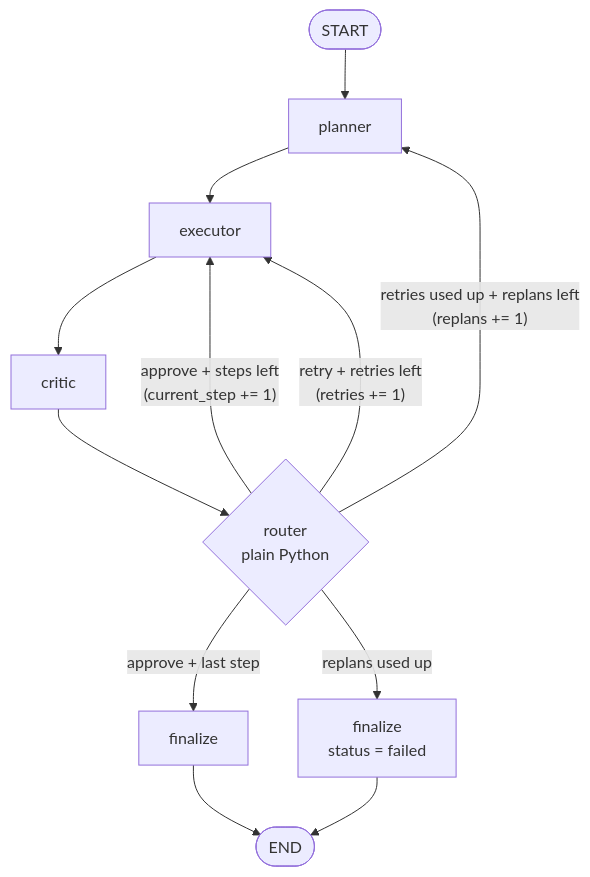
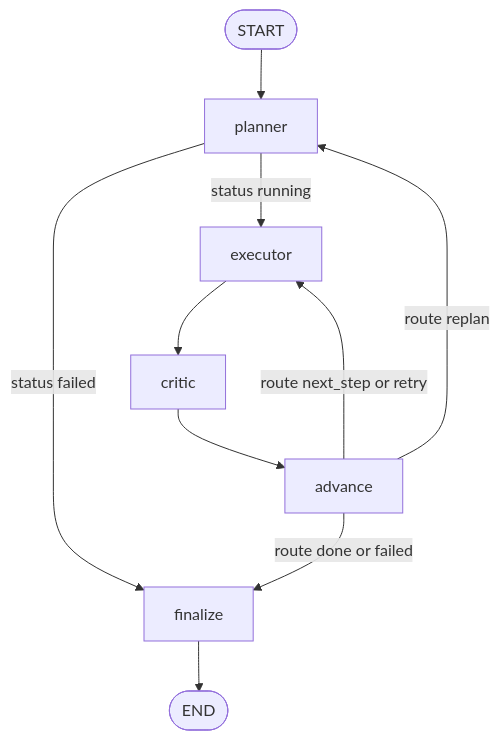
The diagram in docs/specs/architecture.md (ms1230895/Multi-agent-task-orchestration-system), drawn with Mermaid before and after one commit. The commit also changed other lines of this file and 4 other files, not shown here.

Commit message:
feat(graph-planner-critic): step 9 - docs sync and final checks

````diff
--- a/docs/specs/architecture.md
+++ b/docs/specs/architecture.md
@@ -120,14 +121,12 @@
 ```mermaid
 flowchart TD
     START([START]) --> planner
-    planner --> executor
+    planner -- "status running" --> executor
+    planner -- "status failed" --> finalize
     executor --> critic
-    critic --> router{router<br/>plain Python}
-    router -- "approve + steps left<br/>(current_step += 1)" --> executor
-    router -- "approve + last step" --> finalize
-    router -- "retry + retries left<br/>(retries += 1)" --> executor
-    router -- "retries used up + replans left<br/>(replans += 1)" --> planner
-    router -- "replans used up" --> finalize_failed[finalize<br/>status = failed]
+    critic --> advance
+    advance -- "route next_step or retry" --> executor
+    advance -- "route replan" --> planner
+    advance -- "route done or failed" --> finalize
     finalize --> END([END])
-    finalize_failed --> END
 ```
````
